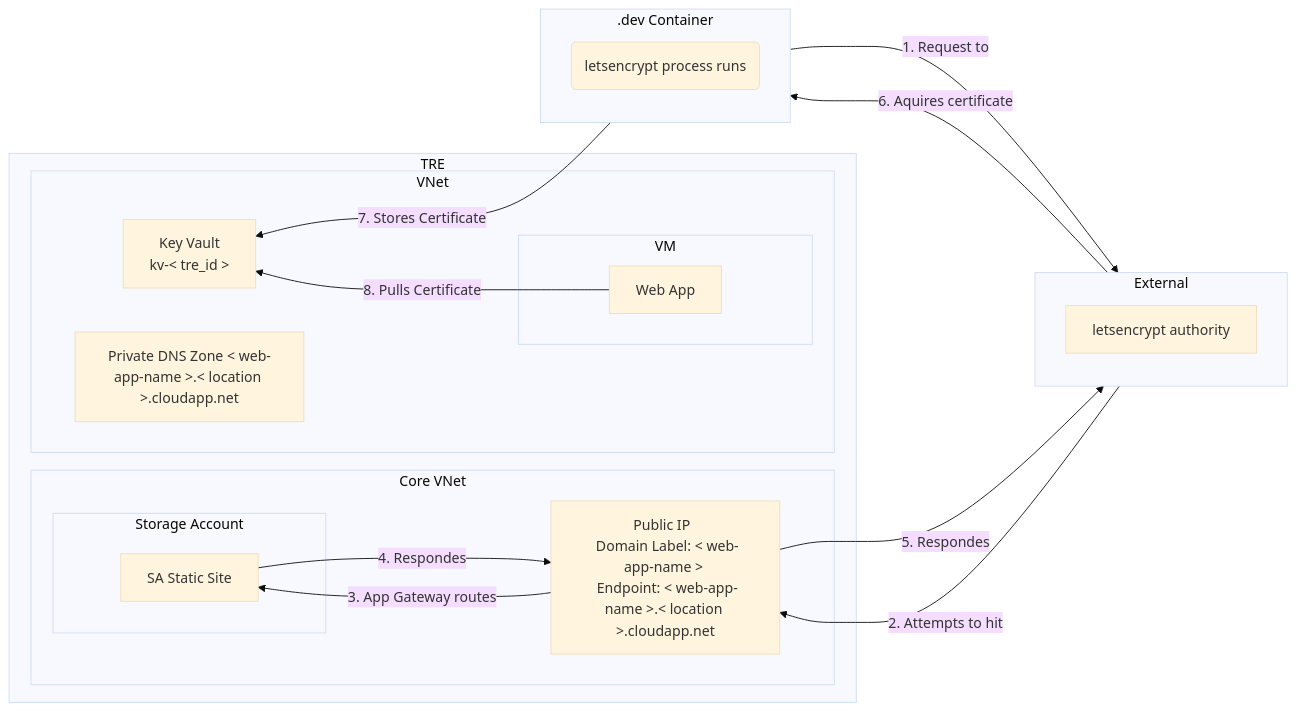
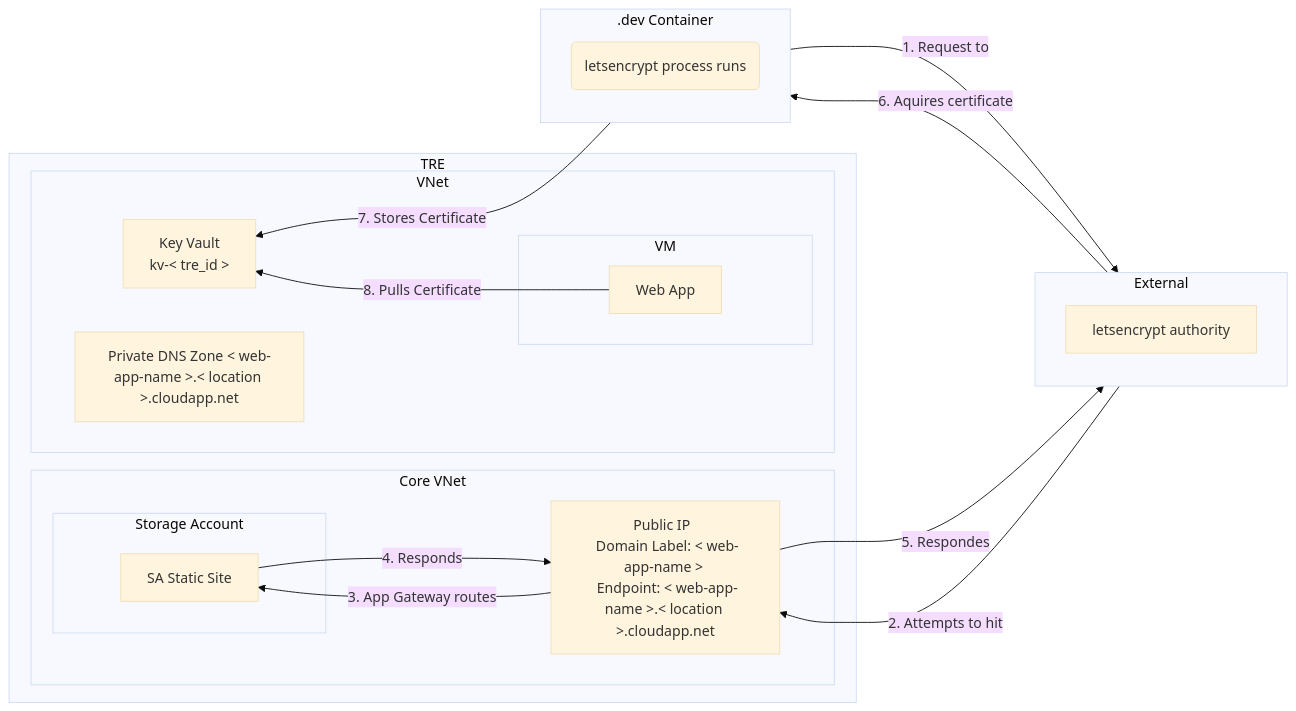
Before and after one commit to microsoft/AzureTRE: the diagram in docs/tre-developers/letsencrypt.md, drawn with Mermaid (base theme).

Commit message:
Typo fix

````diff
--- a/docs/tre-developers/letsencrypt.md
+++ b/docs/tre-developers/letsencrypt.md
@@ -17,36 +17,36 @@
 ```mermaid
 flowchart RL
     subgraph .dev Container
         direction TB
         A(letsencrypt process runs)
     end
     subgraph External
         direction TB
         B[letsencrypt authority]
     end
     subgraph TRE
         subgraph Core VNet
             C[Public IP  <br/> Domain Label: < web-app-name > <br/> Endpoint: < web-app-name >.< location >.cloudapp.net]
             subgraph Storage Account
                 D[SA Static Site]
             end
         end
         subgraph VNet
             E[Key Vault <br/> kv-< tre_id >]
             subgraph VM
                 F[Web App]
             end
             G[Private DNS Zone < web-app-name >.< location >.cloudapp.net]
         end
     end
 
     A --> |1. Request to            | B
     B --> |2. Attempts to hit       | C
     C --> |3. App Gateway routes    | D
-    D --> |4. Respondes             | C
+    D --> |4. Responds             | C
     C --> |5. Respondes             | B
     B --> |6. Aquires certificate   | A
     A --> |7. Stores Certificate    | E
     F --> |8. Pulls Certificate     | E
       
   ```
````
